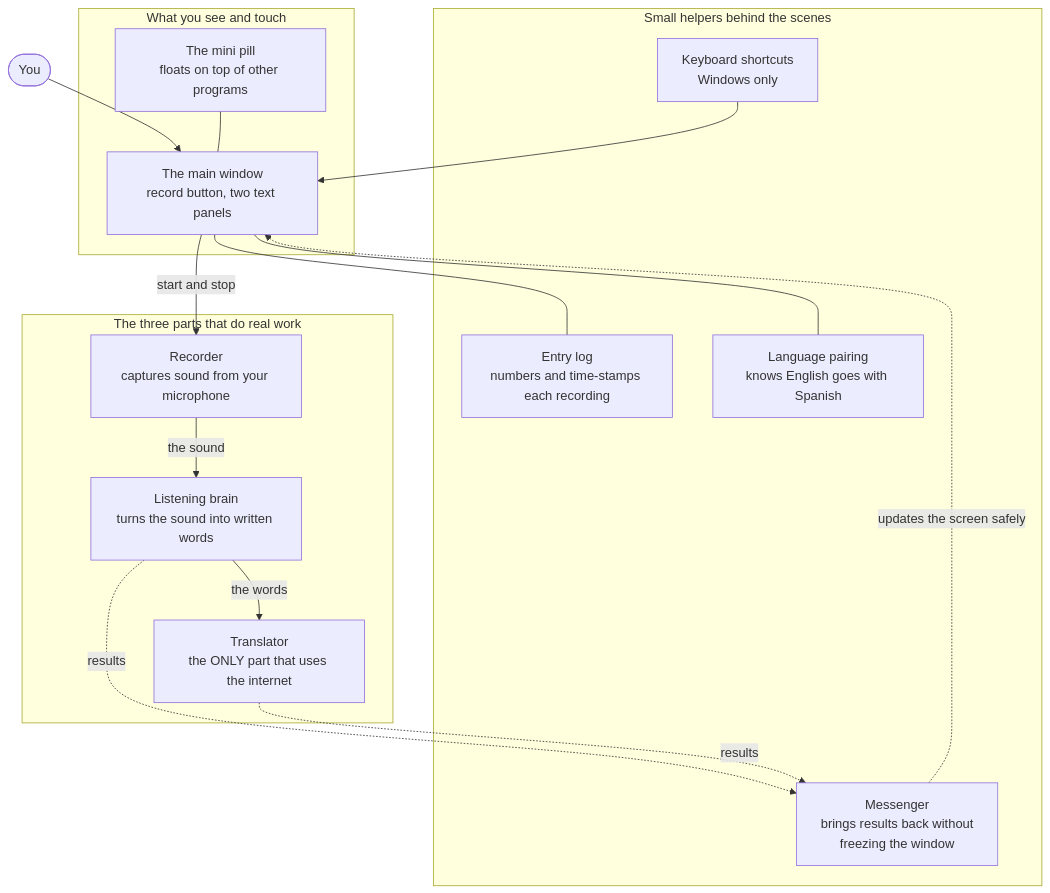
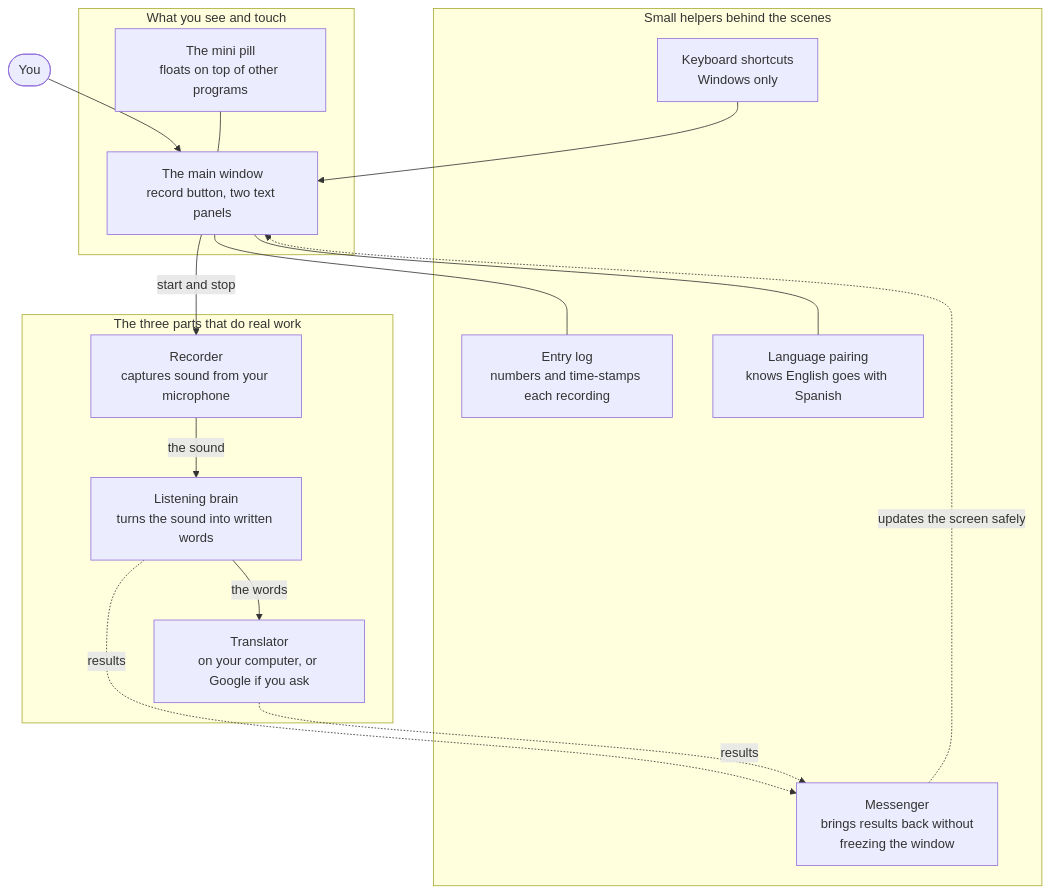
One commit to mondragon-developer/easy-bilingual-voice-to-text changed the third of 3 diagrams in HOW_IT_WORKS.md. Above: the diagram before and after it, drawn with Mermaid. The commit also changed other lines of this file and 15 other files, not shown here.

````diff
--- a/HOW_IT_WORKS.md
+++ b/HOW_IT_WORKS.md
@@ -224,35 +234,35 @@
 ```mermaid
 flowchart TB
     You([You]) --> Window
 
     subgraph See["What you see and touch"]
         Window["The main window<br/>record button, two text panels"]
         Pill["The mini pill<br/>floats on top of other programs"]
     end
 
     subgraph Work["The three parts that do real work"]
         Rec["Recorder<br/>captures sound from your microphone"]
         Brain["Listening brain<br/>turns the sound into written words"]
-        Trans["Translator<br/>the ONLY part that uses the internet"]
+        Trans["Translator<br/>on your computer, or Google if you ask"]
     end
 
     subgraph Tools["Small helpers behind the scenes"]
         Log["Entry log<br/>numbers and time-stamps each recording"]
         Pair["Language pairing<br/>knows English goes with Spanish"]
         Runner["Messenger<br/>brings results back without<br/>freezing the window"]
         Keys["Keyboard shortcuts<br/>Windows only"]
     end
 
     Window -->|start and stop| Rec
     Rec -->|the sound| Brain
     Brain -->|the words| Trans
 
     Brain -.->|results| Runner
     Trans -.->|results| Runner
     Runner -.->|updates the screen safely| Window
 
     Window --- Log
     Window --- Pair
     Keys --> Window
     Pill --- Window
 ```
````
